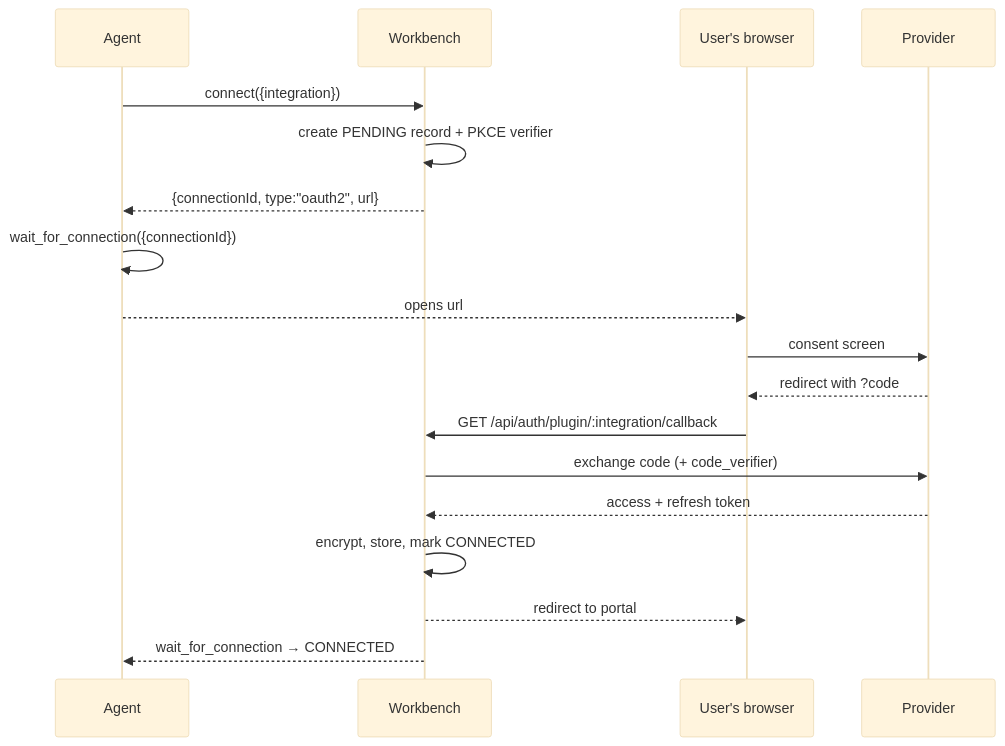
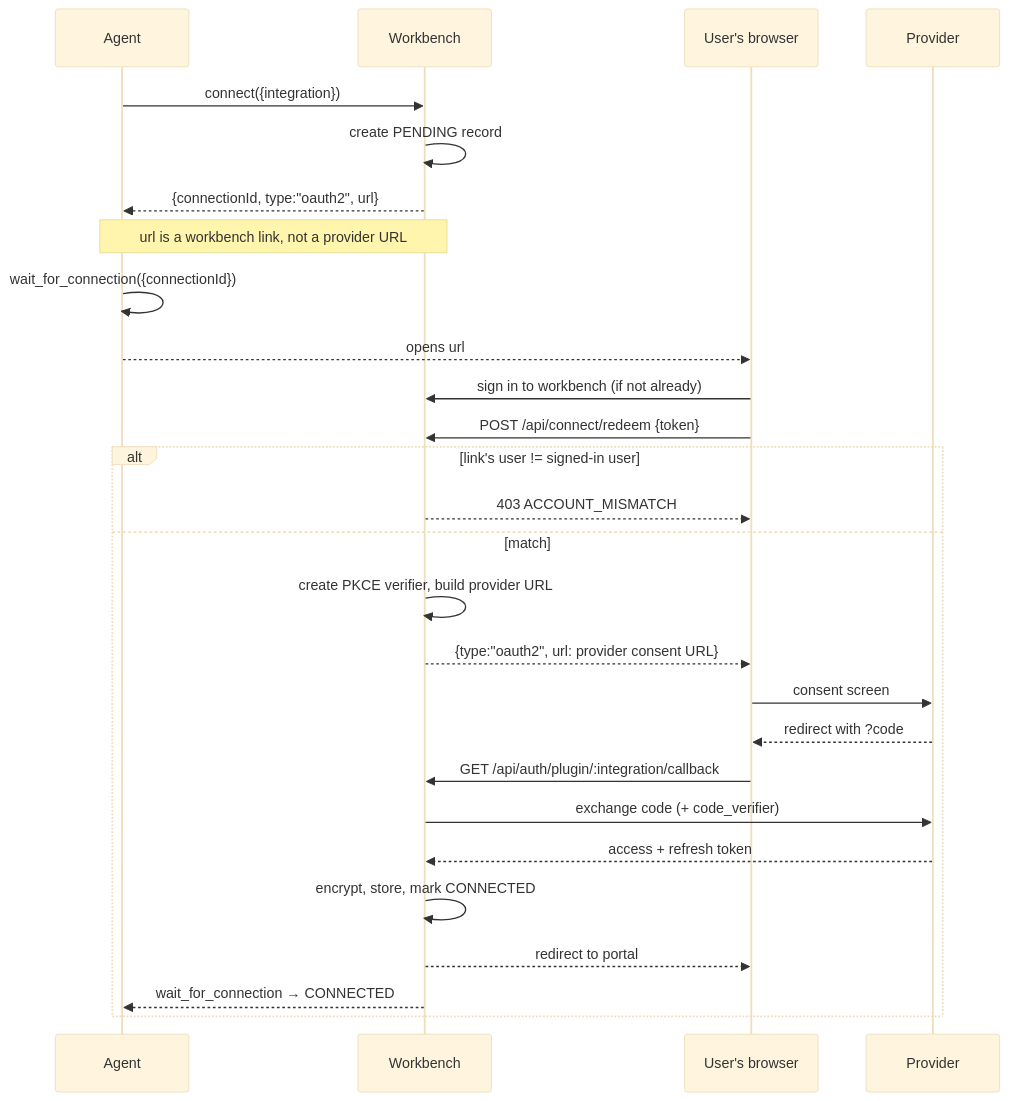
One commit to barockok/workbench changed the second of 2 diagrams in docs/site/_content/start/how-it-works.md. Above: the diagram before and after it, drawn with Mermaid (base theme). The commit also changed other lines of this file and 7 other files, not shown here.

Commit message:
docs: connect links now require a matching workbench session

````diff
--- a/docs/site/_content/start/how-it-works.md
+++ b/docs/site/_content/start/how-it-works.md
@@ -114,21 +119,30 @@
 ```mermaid
 sequenceDiagram
   participant A as Agent
   participant W as Workbench
   participant U as User's browser
   participant P as Provider
 
   A->>W: connect({integration})
-  W->>W: create PENDING record + PKCE verifier
+  W->>W: create PENDING record
   W-->>A: {connectionId, type:"oauth2", url}
+  Note over W,A: url is a workbench link, not a provider URL
   A->>A: wait_for_connection({connectionId})
   A-->>U: opens url
-  U->>P: consent screen
-  P-->>U: redirect with ?code
-  U->>W: GET /api/auth/plugin/:integration/callback
-  W->>P: exchange code (+ code_verifier)
-  P-->>W: access + refresh token
-  W->>W: encrypt, store, mark CONNECTED
-  W-->>U: redirect to portal
-  W-->>A: wait_for_connection → CONNECTED
+  U->>W: sign in to workbench (if not already)
+  U->>W: POST /api/connect/redeem {token}
+  alt link's user != signed-in user
+    W-->>U: 403 ACCOUNT_MISMATCH
+  else match
+    W->>W: create PKCE verifier, build provider URL
+    W-->>U: {type:"oauth2", url: provider consent URL}
+    U->>P: consent screen
+    P-->>U: redirect with ?code
+    U->>W: GET /api/auth/plugin/:integration/callback
+    W->>P: exchange code (+ code_verifier)
+    P-->>W: access + refresh token
+    W->>W: encrypt, store, mark CONNECTED
+    W-->>U: redirect to portal
+    W-->>A: wait_for_connection → CONNECTED
+  end
 ```
````
